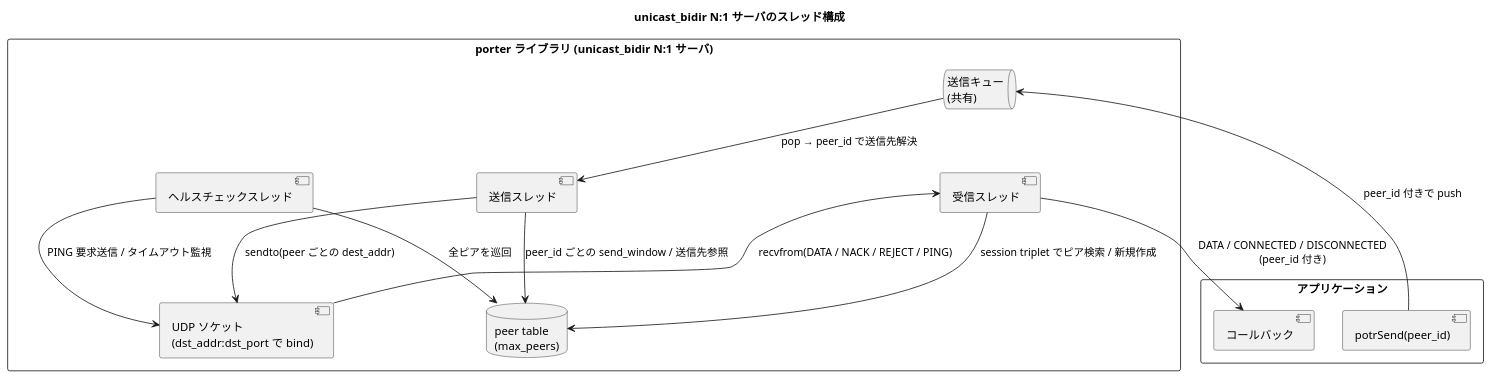
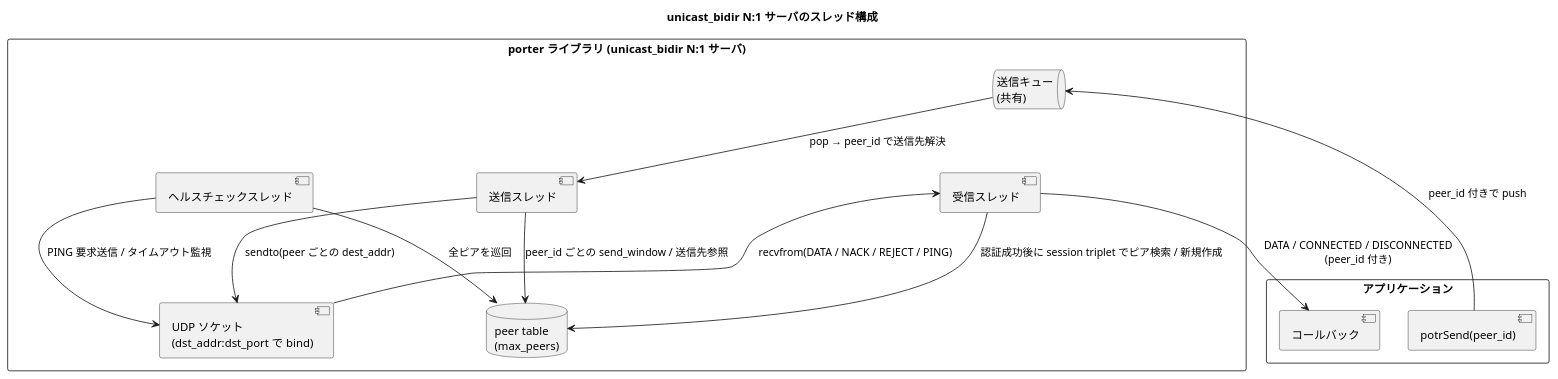
One commit to Hondarer/c-modernization-kit changed the third of 6 diagrams in app/porter/docs/architecture.md. Above: the diagram before and after it, drawn with PlantUML. The commit also changed other lines of this file and 6 other files, not shown here.

````diff
--- a/app/porter/docs/architecture.md
+++ b/app/porter/docs/architecture.md
@@ -132,29 +132,29 @@
 ```plantuml
 @startuml unicast_bidir n1 スレッド構成
 title unicast_bidir N:1 サーバのスレッド構成
 
 rectangle "アプリケーション" {
   [potrSend(peer_id)]
   [コールバック]
 }
 
 rectangle "porter ライブラリ (unicast_bidir N:1 サーバ)" {
   queue "送信キュー\n(共有)" as Q
   database "peer table\n(max_peers)" as PT
   [送信スレッド] as ST
   [受信スレッド] as RT
   [ヘルスチェックスレッド] as HT
   [UDP ソケット\n(dst_addr:dst_port で bind)] as SOCK
 }
 
 [potrSend(peer_id)] --> Q : peer_id 付きで push
 Q --> ST : pop → peer_id で送信先解決
 ST --> PT : peer_id ごとの send_window / 送信先参照
 ST --> SOCK : sendto(peer ごとの dest_addr)
 RT <-- SOCK : recvfrom(DATA / NACK / REJECT / PING)
-RT --> PT : session triplet でピア検索 / 新規作成
+RT --> PT : 認証成功後に session triplet でピア検索 / 新規作成
 RT --> [コールバック] : DATA / CONNECTED / DISCONNECTED\n(peer_id 付き)
 HT --> PT : 全ピアを巡回
 HT --> SOCK : PING 要求送信 / タイムアウト監視
 @enduml
 ```
````
